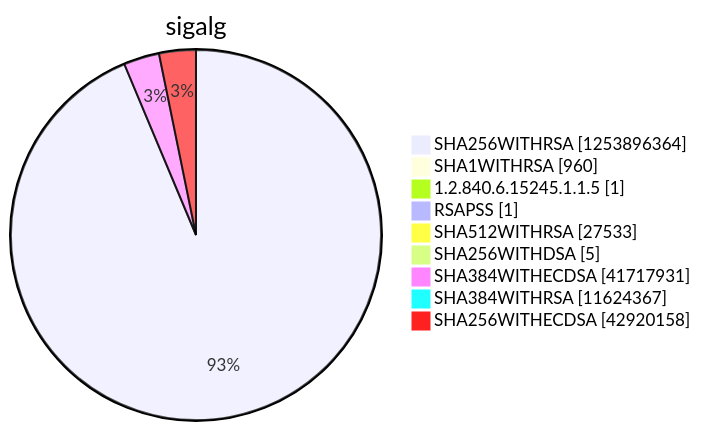
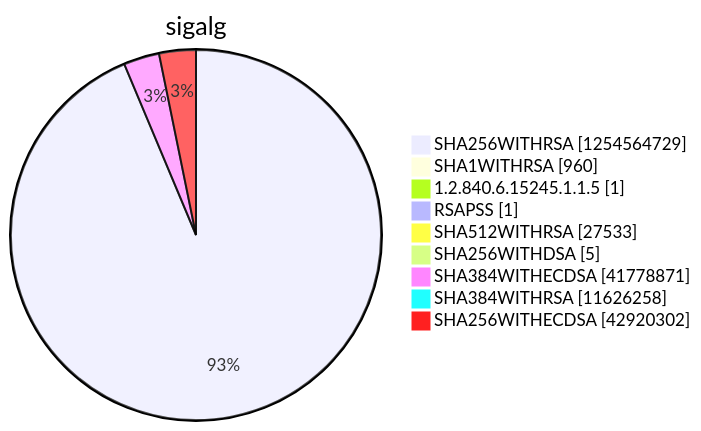
Diagram 15 of 15 in argon2022/README.md (christiankrug/ctmonitor_visualization), drawn with Mermaid before and after one commit. The commit also changed other lines of this file, not shown here.

````diff
--- a/argon2022/README.md
+++ b/argon2022/README.md
@@ -5522,13 +5522,13 @@
 ```mermaid
 pie showData
 title sigalg
-"SHA256WITHRSA" :1253896364
+"SHA256WITHRSA" :1254564729
 "SHA1WITHRSA" :960
 "1.2.840.6.15245.1.1.5" :1
 "RSAPSS" :1
 "SHA512WITHRSA" :27533
 "SHA256WITHDSA" :5
-"SHA384WITHECDSA" :41717931
-"SHA384WITHRSA" :11624367
-"SHA256WITHECDSA" :42920158
+"SHA384WITHECDSA" :41778871
+"SHA384WITHRSA" :11626258
+"SHA256WITHECDSA" :42920302
 ```
````
